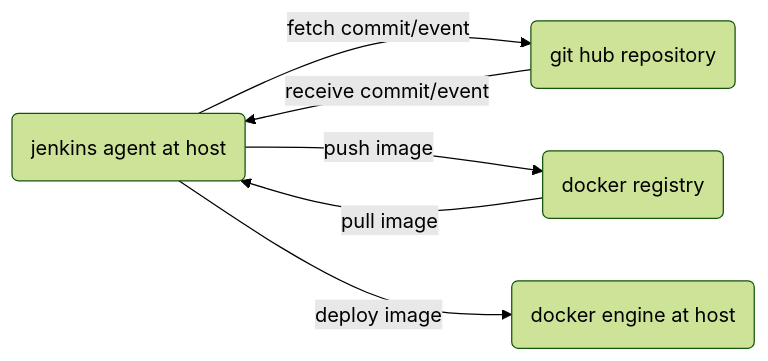
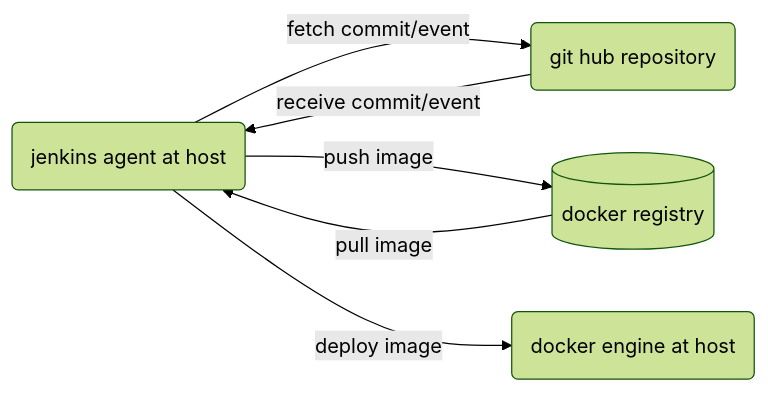
Before and after one commit to sauravdwivedi/Jenkins: the diagram in jenkins-docker-fullstack/README.md, drawn with Mermaid (forest theme).

````diff
--- a/jenkins-docker-fullstack/README.md
+++ b/jenkins-docker-fullstack/README.md
@@ -7,12 +7,12 @@
 ```mermaid
 flowchart LR
     A(jenkins agent at host)
     B(git hub repository)
-    C(docker registry)
+    C[(docker registry)]
     D(docker engine at host)
     A --> |fetch commit/event| B
     B --> |receive commit/event| A
     A --> |push image| C
     C --> |pull image| A
     A --> |deploy image| D
 ```
````
